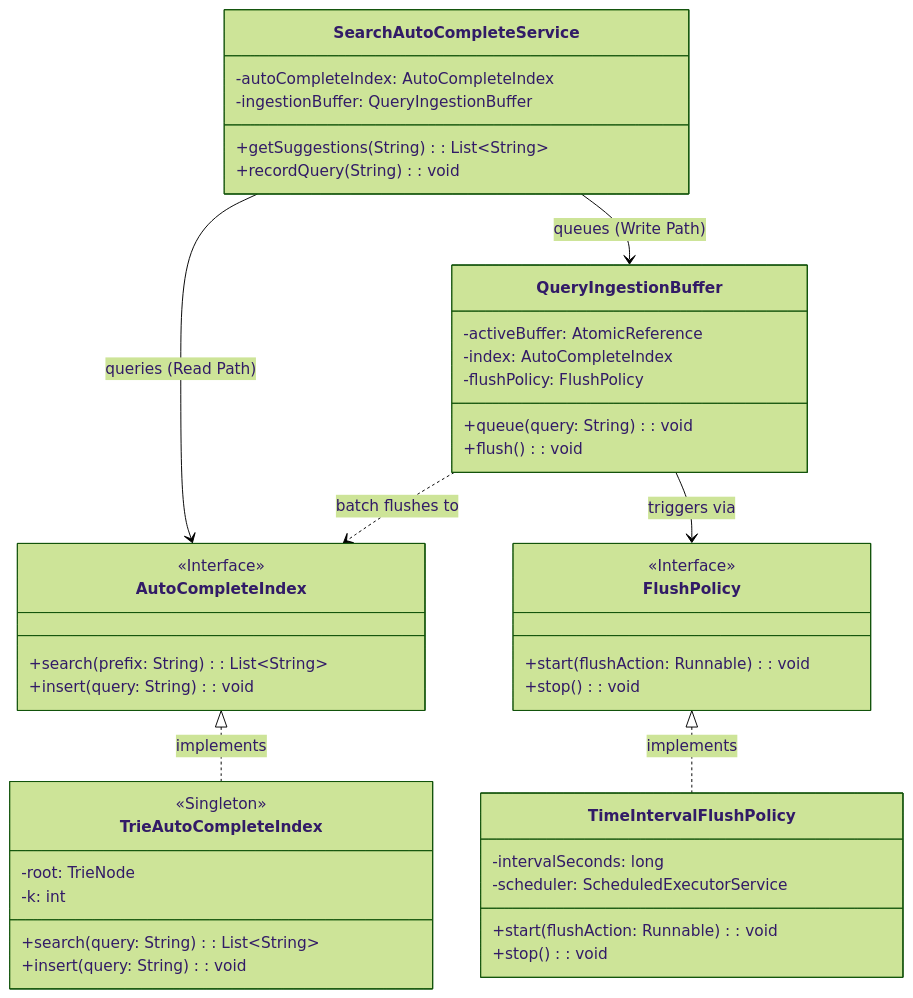
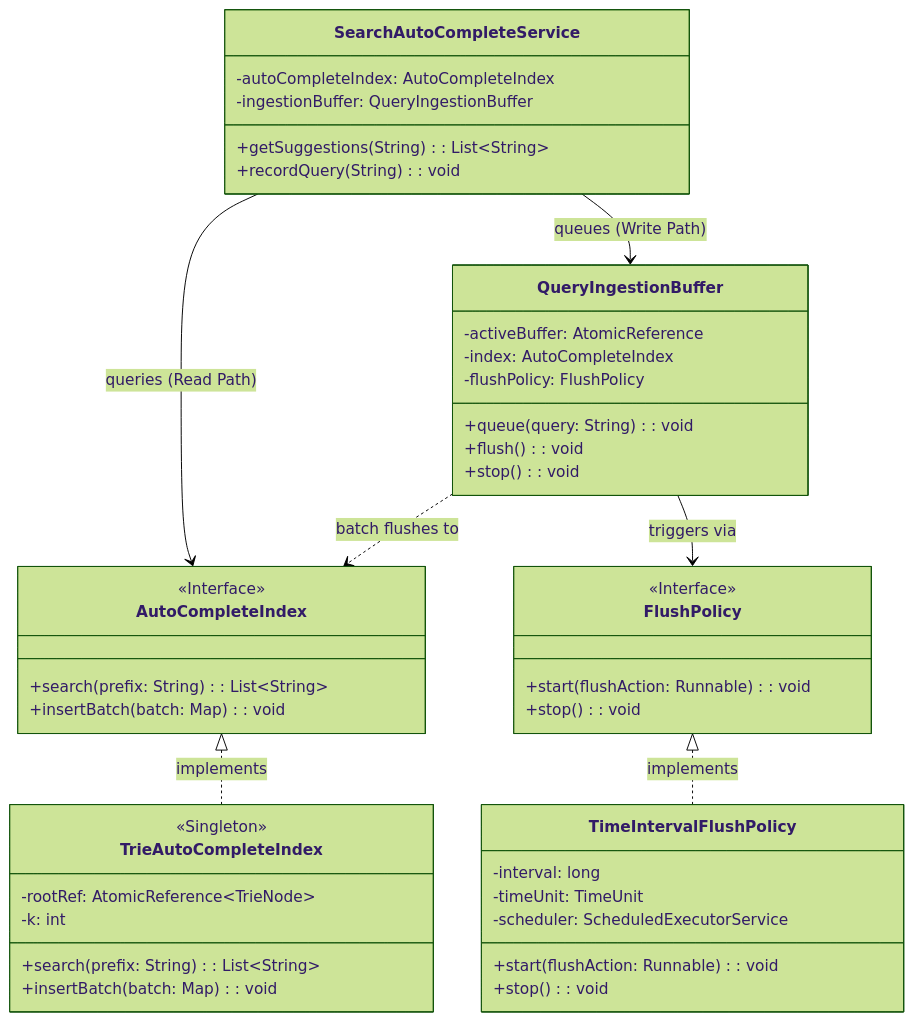
The third of 5 diagrams in apps/web/src/content/lld/search-auto-complete.md (JyotimoyKashyap/system-design-labs), drawn with Mermaid (forest theme) before and after one commit. The commit also changed other lines of this file and 6 other files, not shown here.

````diff
--- a/apps/web/src/content/lld/search-auto-complete.md
+++ b/apps/web/src/content/lld/search-auto-complete.md
@@ -200,60 +227,62 @@
 ```mermaid
 classDiagram
     direction TB
 
     %% Level 0: Gateway Facade
     class SearchAutoCompleteService {
         -autoCompleteIndex: AutoCompleteIndex
         -ingestionBuffer: QueryIngestionBuffer
         +getSuggestions(String): List~String~
         +recordQuery(String): void
     }
 
     %% Level 1: Split Read & Write Pipelines
     class AutoCompleteIndex {
         <<Interface>>
         +search(prefix: String): List~String~
-        +insert(query: String): void
+        +insertBatch(batch: Map): void
     }
 
     class QueryIngestionBuffer {
         -activeBuffer: AtomicReference
         -index: AutoCompleteIndex
         -flushPolicy: FlushPolicy
         +queue(query: String): void
         +flush(): void
+        +stop(): void
     }
 
     %% Level 2: Concrete Engines & Policies
     class TrieAutoCompleteIndex {
         <<Singleton>>
-        -root: TrieNode
+        -rootRef: AtomicReference~TrieNode~
         -k: int
-        +search(query: String): List~String~
-        +insert(query: String): void
+        +search(prefix: String): List~String~
+        +insertBatch(batch: Map): void
     }
 
     class FlushPolicy {
         <<Interface>>
         +start(flushAction: Runnable): void
         +stop(): void
     }
 
     %% Level 3: Concrete Flush Strategies
     class TimeIntervalFlushPolicy {
-        -intervalSeconds: long
+        -interval: long
+        -timeUnit: TimeUnit
         -scheduler: ScheduledExecutorService
         +start(flushAction: Runnable): void
         +stop(): void
     }
 
     %% Top-to-Bottom Hierarchical Links (No Backtracking or Occlusion)
     SearchAutoCompleteService --> AutoCompleteIndex : queries (Read Path)
     SearchAutoCompleteService --> QueryIngestionBuffer : queues (Write Path)
 
     QueryIngestionBuffer ..> AutoCompleteIndex : batch flushes to
 
     AutoCompleteIndex <|.. TrieAutoCompleteIndex : implements
     QueryIngestionBuffer --> FlushPolicy : triggers via
     FlushPolicy <|.. TimeIntervalFlushPolicy : implements
 ```
````
